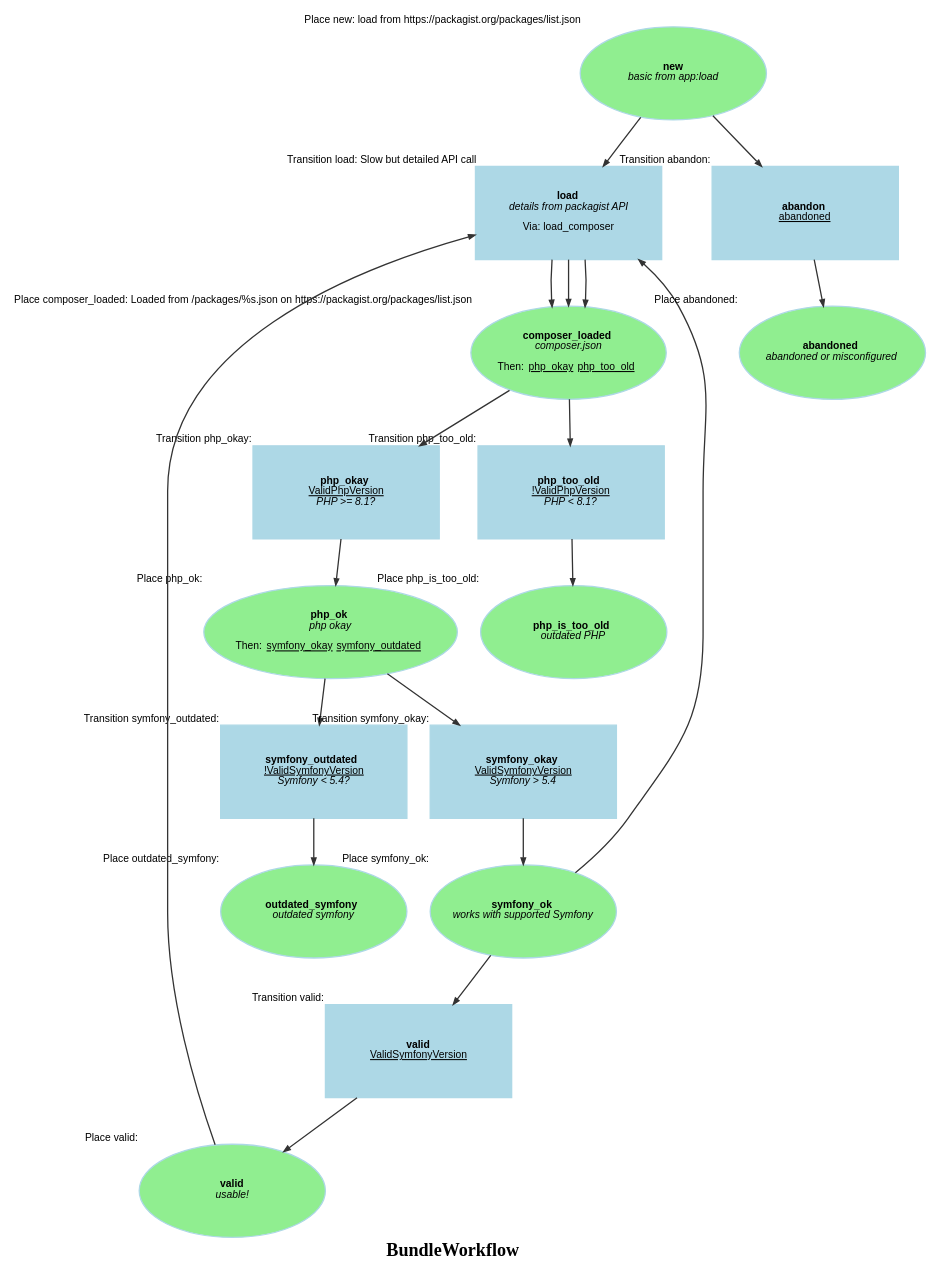
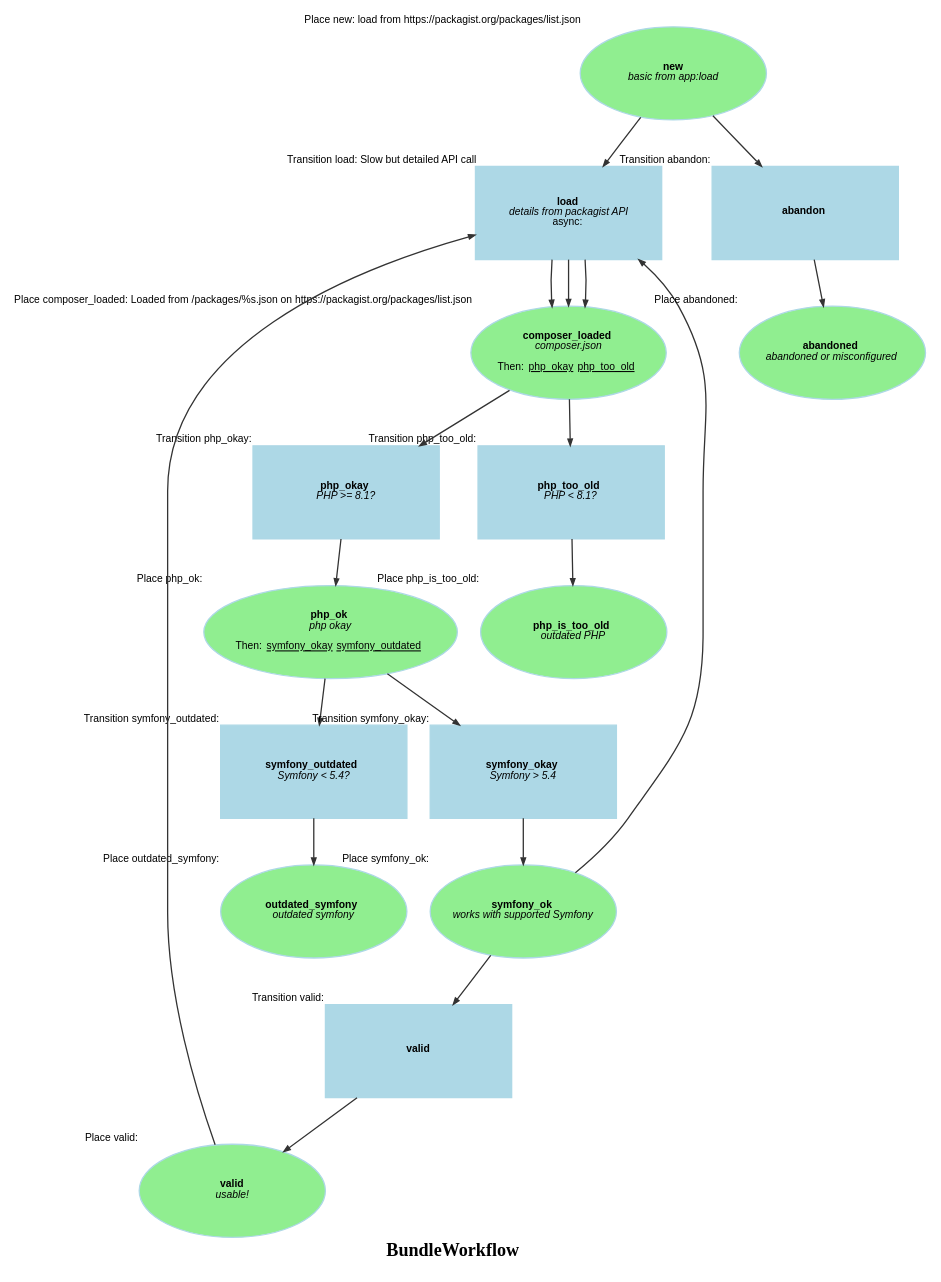
Before and after one commit to survos-sites/packages: the diagram in doc/assets/BundleWorkflow.dot, drawn with Graphviz. The commit also changed 2 other files, not shown here.

```diff
--- a/doc/assets/BundleWorkflow.dot
+++ b/doc/assets/BundleWorkflow.dot
@@ -1,39 +1,39 @@
 digraph workflow {
   ratio="compress" rankdir="TB" label=<<B>BundleWorkflow</B>>
   node [fontsize="8" fontname="Arial" color="lightBlue" style="filled" fixedsize="false" width="2" height="1"];
   edge [fontsize="7" fontname="Arial" color="#333333" arrowhead="normal" arrowsize="0.5"];
 
   place_new [label=<<B>new</B><BR/><I>basic from app:load</I>>, shape=oval fillcolor="lightgreen" style="filled" xlabel="Place new: load from https://packagist.org/packages/list.json"];
   place_composer_loaded [label=<<B>composer_loaded</B><BR/><I>composer.json</I><BR/><BR/>Then: <U>php_okay</U> <U>php_too_old</U> >, shape=oval fillcolor="lightgreen" style="filled" xlabel="Place composer_loaded: Loaded from /packages/%s.json on https://packagist.org/packages/list.json"];
   place_outdated_symfony [label=<<B>outdated_symfony</B><BR/><I>outdated symfony</I>>, shape=oval fillcolor="lightgreen" style="filled" xlabel="Place outdated_symfony: "];
   place_symfony_ok [label=<<B>symfony_ok</B><BR/><I>works with supported Symfony</I>>, shape=oval fillcolor="lightgreen" style="filled" xlabel="Place symfony_ok: "];
   place_php_is_too_old [label=<<B>php_is_too_old</B><BR/><I>outdated PHP</I>>, shape=oval fillcolor="lightgreen" style="filled" xlabel="Place php_is_too_old: "];
   place_php_ok [label=<<B>php_ok</B><BR/><I>php okay</I><BR/><BR/>Then: <U>symfony_okay</U> <U>symfony_outdated</U> >, shape=oval fillcolor="lightgreen" style="filled" xlabel="Place php_ok: "];
   place_abandoned [label=<<B>abandoned</B><BR/><I>abandoned or misconfigured</I>>, shape=oval fillcolor="lightgreen" style="filled" xlabel="Place abandoned: "];
   place_valid [label=<<B>valid</B><BR/><I>usable!</I>>, shape=oval fillcolor="lightgreen" style="filled" xlabel="Place valid: "];
-  transition_load [label=<<B>load</B><BR/><I>details from packagist API</I><BR/><BR/>Via: load_composer>, shape="box" regular="" xlabel="Transition load: Slow but detailed API call"];
-  transition_abandon [label=<<B>abandon</B><BR/><U>abandoned</U>>, shape="box" regular="" xlabel="Transition abandon: "];
-  transition_valid [label=<<B>valid</B><BR/><U>ValidSymfonyVersion</U>>, shape="box" regular="" xlabel="Transition valid: "];
-  transition_php_too_old [label=<<B>php_too_old</B><BR/><U>!ValidPhpVersion</U><BR/><I>PHP &lt; 8.1?</I>>, shape="box" regular="" xlabel="Transition php_too_old: "];
-  transition_php_okay [label=<<B>php_okay</B><BR/><U>ValidPhpVersion</U><BR/><I>PHP &gt;= 8.1?</I>>, shape="box" regular="" xlabel="Transition php_okay: "];
-  transition_symfony_outdated [label=<<B>symfony_outdated</B><BR/><U>!ValidSymfonyVersion</U><BR/><I>Symfony &lt; 5.4?</I>>, shape="box" regular="" xlabel="Transition symfony_outdated: "];
-  transition_symfony_okay [label=<<B>symfony_okay</B><BR/><U>ValidSymfonyVersion</U><BR/><I>Symfony &gt; 5.4</I>>, shape="box" regular="" xlabel="Transition symfony_okay: "];
+  transition_load [label=<<B>load</B><BR/><I>details from packagist API</I><BR/>async: >, shape="box" regular="" xlabel="Transition load: Slow but detailed API call"];
+  transition_abandon [label=<<B>abandon</B>>, shape="box" regular="" xlabel="Transition abandon: "];
+  transition_valid [label=<<B>valid</B>>, shape="box" regular="" xlabel="Transition valid: "];
+  transition_php_too_old [label=<<B>php_too_old</B><BR/><I>PHP &lt; 8.1?</I>>, shape="box" regular="" xlabel="Transition php_too_old: "];
+  transition_php_okay [label=<<B>php_okay</B><BR/><I>PHP &gt;= 8.1?</I>>, shape="box" regular="" xlabel="Transition php_okay: "];
+  transition_symfony_outdated [label=<<B>symfony_outdated</B><BR/><I>Symfony &lt; 5.4?</I>>, shape="box" regular="" xlabel="Transition symfony_outdated: "];
+  transition_symfony_okay [label=<<B>symfony_okay</B><BR/><I>Symfony &gt; 5.4</I>>, shape="box" regular="" xlabel="Transition symfony_okay: "];
   place_new -> transition_load [style="solid", comment="new"];
   transition_load -> place_composer_loaded [style="solid"];
   place_symfony_ok -> transition_load [style="solid", comment="symfony_ok"];
   transition_load -> place_composer_loaded [style="solid"];
   place_valid -> transition_load [style="solid", comment="valid"];
   transition_load -> place_composer_loaded [style="solid"];
   place_new -> transition_abandon [style="solid", comment="new"];
   transition_abandon -> place_abandoned [style="solid"];
   place_symfony_ok -> transition_valid [style="solid", comment="symfony_ok"];
   transition_valid -> place_valid [style="solid"];
   place_composer_loaded -> transition_php_too_old [style="solid", comment="composer_loaded"];
   transition_php_too_old -> place_php_is_too_old [style="solid"];
   place_composer_loaded -> transition_php_okay [style="solid", comment="composer_loaded"];
   transition_php_okay -> place_php_ok [style="solid"];
   place_php_ok -> transition_symfony_outdated [style="solid", comment="php_ok"];
   transition_symfony_outdated -> place_outdated_symfony [style="solid"];
   place_php_ok -> transition_symfony_okay [style="solid", comment="php_ok"];
   transition_symfony_okay -> place_symfony_ok [style="solid"];
 }
```
